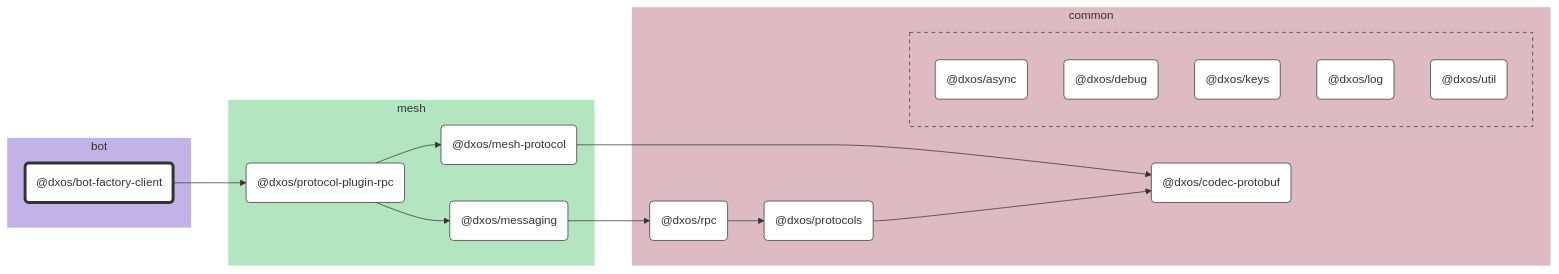
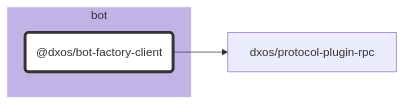
Before and after one commit to dxos/dxos: the diagram in packages/bot/bot-factory-client/docs/README.md, drawn with Mermaid. The commit also changed 87 other files, not shown here.

````diff
--- a/packages/bot/bot-factory-client/docs/README.md
+++ b/packages/bot/bot-factory-client/docs/README.md
@@ -7,80 +7,21 @@
 ```mermaid
 %%{ init: {'flowchart':{'curve':'basis'}} }%%
 
 flowchart LR
 
-%% Links
-dxos/bot-factory-client --> dxos/protocol-plugin-rpc;
-dxos/mesh-protocol --> dxos/codec-protobuf;
-dxos/messaging --> dxos/rpc;
-dxos/protocol-plugin-rpc --> dxos/mesh-protocol;
-dxos/protocol-plugin-rpc --> dxos/messaging;
-dxos/protocols --> dxos/codec-protobuf;
-dxos/rpc --> dxos/protocols;
+%% Classes
+classDef def fill:#fff,stroke:#333,stroke-width:1px
+classDef root fill:#fff,stroke:#333,stroke-width:4px
 
-%% Sections
-subgraph bot
-  style bot fill:#c2b3e6,stroke:#fff;
+%% Nodes
 
-  dxos/bot-factory-client("@dxos/bot-factory-client")
+subgraph bot [bot]
+  style bot fill:#c2b3e6,stroke:#fff
+  dxos/bot-factory-client("@dxos/bot-factory-client"):::root
+  click dxos/bot-factory-client "dxos/dxos/tree/main/packages/bot/bot-factory-client/docs"
 end
 
-subgraph common
-  style common fill:#debac2,stroke:#fff;
-
-  dxos/codec-protobuf("@dxos/codec-protobuf")
-  dxos/protocols("@dxos/protocols")
-  dxos/rpc("@dxos/rpc")
-
-  subgraph common-excluded [ ]
-    style common-excluded fill:#debac2,stroke:#333,stroke-dasharray:5 5;
-
-    dxos/async("@dxos/async")
-    dxos/debug("@dxos/debug")
-    dxos/keys("@dxos/keys")
-    dxos/log("@dxos/log")
-    dxos/util("@dxos/util")
-  end
-end
-
-subgraph mesh
-  style mesh fill:#b3e6c0,stroke:#fff;
-
-  dxos/mesh-protocol("@dxos/mesh-protocol")
-  dxos/messaging("@dxos/messaging")
-  dxos/protocol-plugin-rpc("@dxos/protocol-plugin-rpc")
-end
-
-
-%% Hyperlinks
-click dxos/async "dxos/dxos/tree/main/packages/common/async/docs";
-click dxos/codec-protobuf "dxos/dxos/tree/main/packages/common/codec-protobuf/docs";
-click dxos/debug "dxos/dxos/tree/main/packages/common/debug/docs";
-click dxos/keys "dxos/dxos/tree/main/packages/common/keys/docs";
-click dxos/log "dxos/dxos/tree/main/packages/common/log/docs";
-click dxos/mesh-protocol "dxos/dxos/tree/main/packages/mesh/mesh-protocol/docs";
-click dxos/messaging "dxos/dxos/tree/main/packages/mesh/messaging/docs";
-click dxos/protocol-plugin-rpc "dxos/dxos/tree/main/packages/mesh/protocol-plugin-rpc/docs";
-click dxos/protocols "dxos/dxos/tree/main/packages/common/protocols/docs";
-click dxos/rpc "dxos/dxos/tree/main/packages/common/rpc/docs";
-click dxos/util "dxos/dxos/tree/main/packages/common/util/docs";
-
-%% Styles
-classDef rootNode fill:#fff,stroke:#333,stroke-width:4px
-classDef defaultNode fill:#fff,stroke:#333,stroke-width:1px
+%% Links
 linkStyle default stroke:#333,stroke-width:1px
-
-dxos/bot-factory-client:::rootNode
-
-dxos/async:::defaultNode
-dxos/codec-protobuf:::defaultNode
-dxos/debug:::defaultNode
-dxos/keys:::defaultNode
-dxos/log:::defaultNode
-dxos/mesh-protocol:::defaultNode
-dxos/messaging:::defaultNode
-dxos/protocol-plugin-rpc:::defaultNode
-dxos/protocols:::defaultNode
-dxos/rpc:::defaultNode
-dxos/util:::defaultNode
+dxos/bot-factory-client --> dxos/protocol-plugin-rpc
 ```
````
